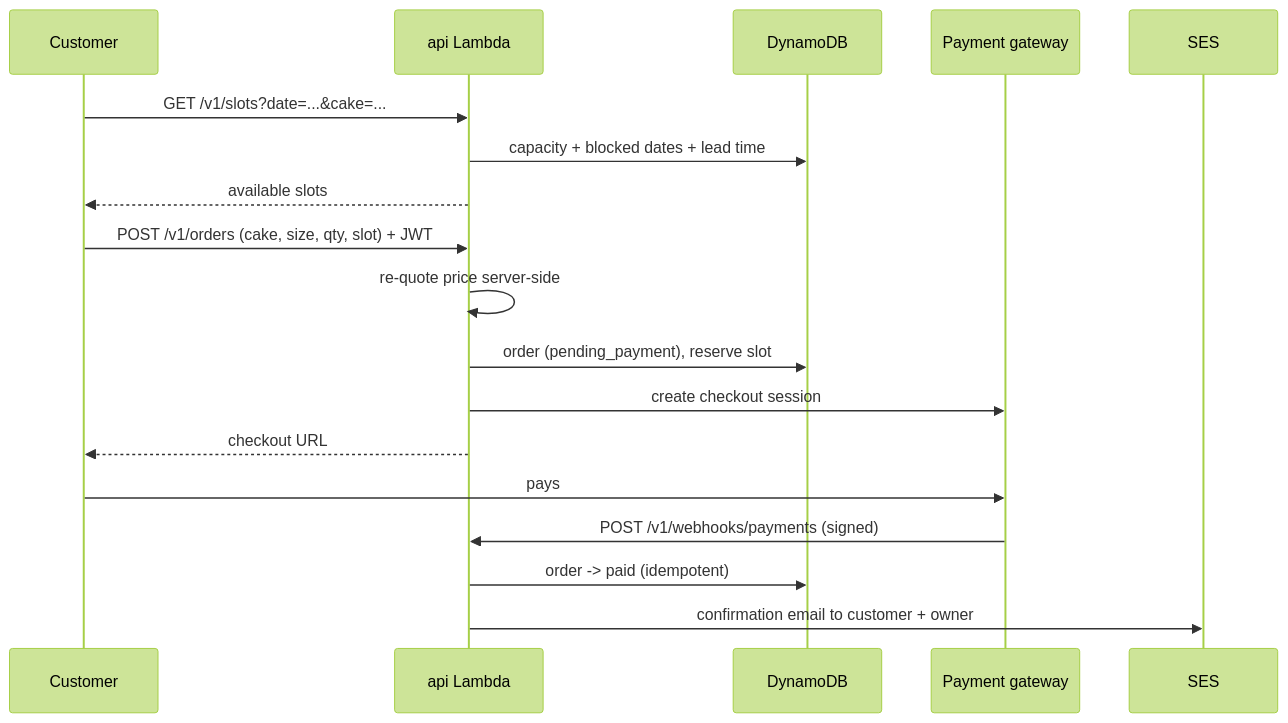
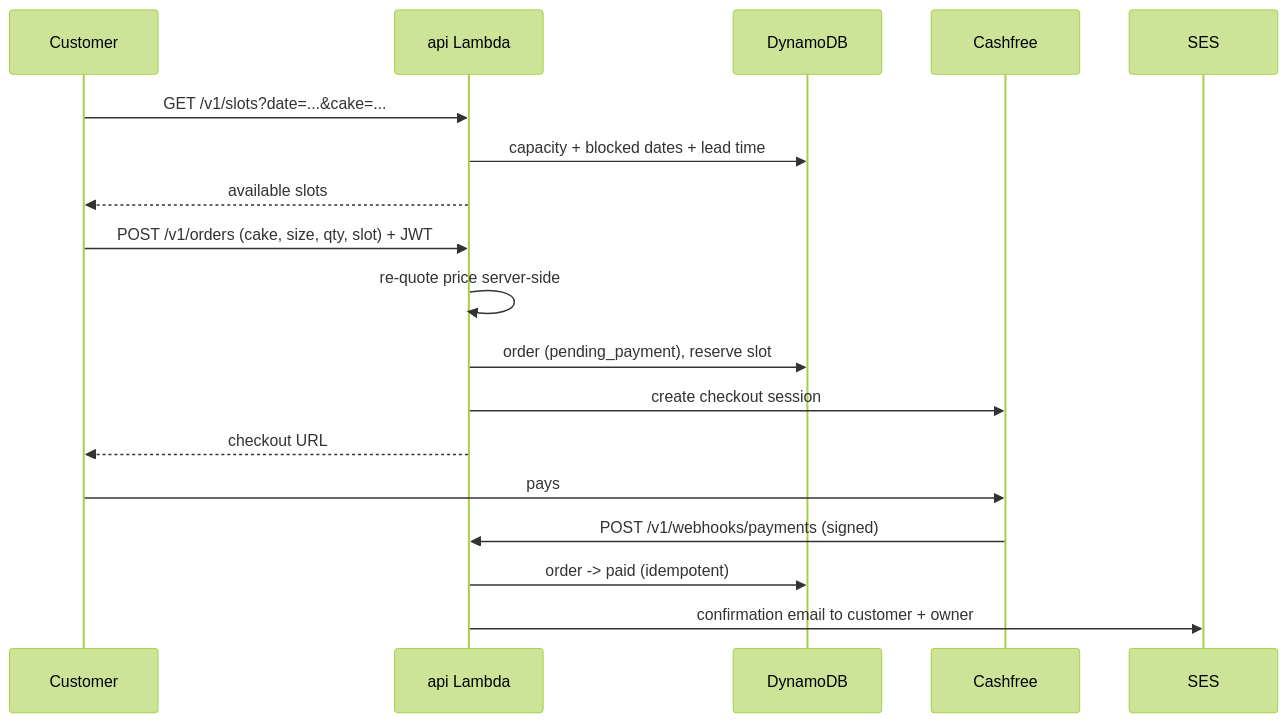
The fourth of 5 diagrams in docs/architecture/README.md (RisheDubs/cake-shop), drawn with Mermaid (forest theme) before and after one commit. The commit also changed other lines of this file and 5 other files, not shown here.

Commit message:
docs(adr): 0008 Cashfree as payment gateway (#SPIKE-03)

````diff
--- a/docs/architecture/README.md
+++ b/docs/architecture/README.md
@@ -124,20 +125,20 @@
 ```mermaid
 sequenceDiagram
   participant B as Customer
   participant API as api Lambda
   participant DB as DynamoDB
-  participant PG as Payment gateway
+  participant PG as Cashfree
   participant M as SES
   B->>API: GET /v1/slots?date=...&cake=...
   API->>DB: capacity + blocked dates + lead time
   API-->>B: available slots
   B->>API: POST /v1/orders (cake, size, qty, slot) + JWT
   API->>API: re-quote price server-side
   API->>DB: order (pending_payment), reserve slot
   API->>PG: create checkout session
   API-->>B: checkout URL
   B->>PG: pays
   PG->>API: POST /v1/webhooks/payments (signed)
   API->>DB: order -> paid (idempotent)
   API->>M: confirmation email to customer + owner
 ```
````
